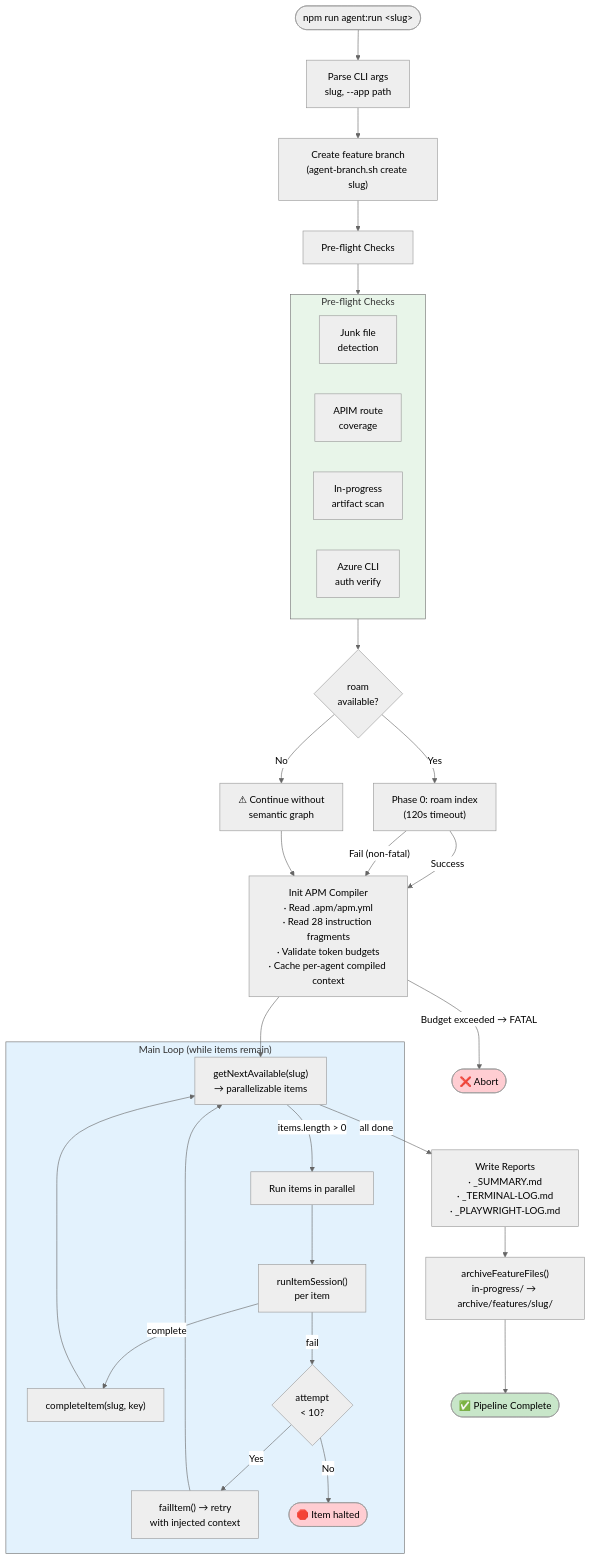
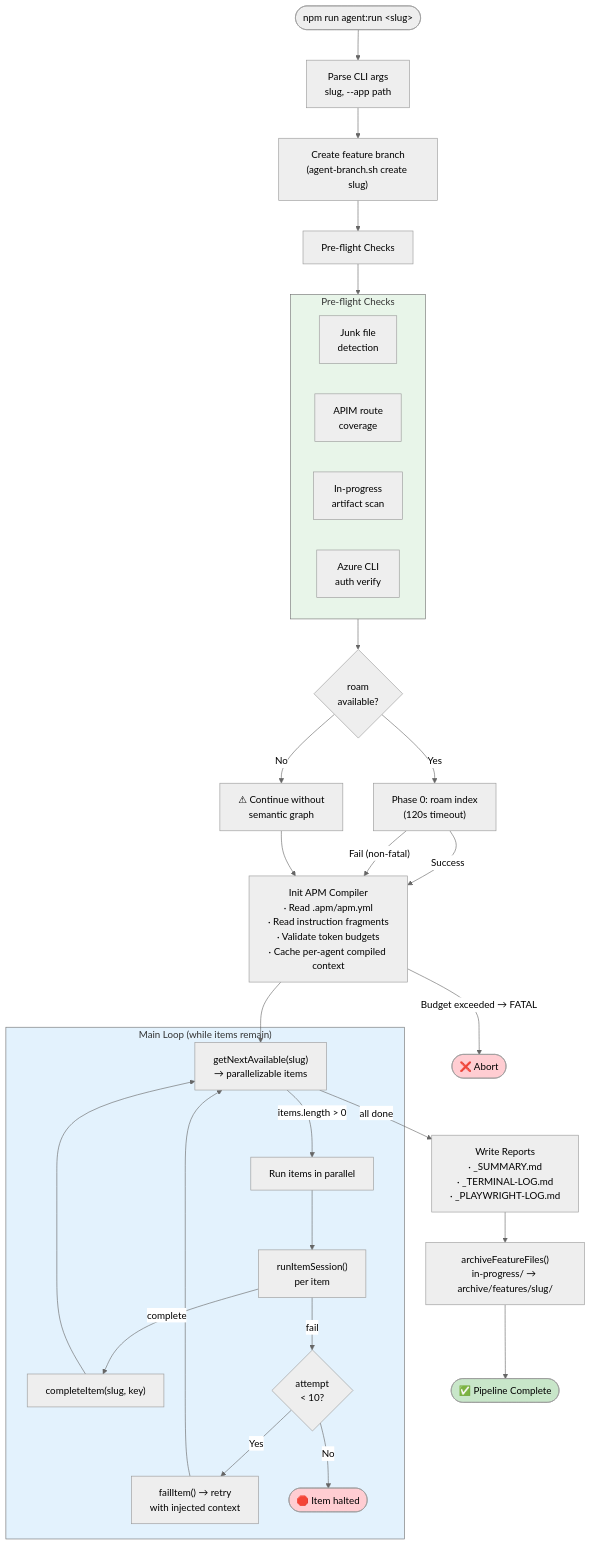
The first of 5 diagrams in tools/autonomous-factory/docs/01-watchdog.md (RomanKaliupinMelonusa/DAGent-t), drawn with Mermaid (neutral theme) before and after one commit. The commit also changed other lines of this file and 10 other files, not shown here.

````diff
--- a/tools/autonomous-factory/docs/01-watchdog.md
+++ b/tools/autonomous-factory/docs/01-watchdog.md
@@ -13,51 +15,51 @@
 ```mermaid
 flowchart TD
     START(["npm run agent:run &lt;slug&gt;"])
 
     START --> PARSE["Parse CLI args\nslug, --app path"]
     PARSE --> BRANCH["Create feature branch\n(agent-branch.sh create slug)"]
 
     BRANCH --> PREFLIGHT["Pre-flight Checks"]
 
     subgraph PF["Pre-flight Checks"]
         direction LR
         PF1["Junk file\ndetection"]
         PF2["APIM route\ncoverage"]
         PF3["In-progress\nartifact scan"]
         PF4["Azure CLI\nauth verify"]
     end
     PREFLIGHT --> PF
 
     PF --> ROAM{"roam\navailable?"}
     ROAM -->|"Yes"| INDEX["Phase 0: roam index\n(120s timeout)"]
     ROAM -->|"No"| WARN["⚠ Continue without\nsemantic graph"]
     INDEX -->|"Success"| ASSEMBLER
     INDEX -->|"Fail (non-fatal)"| ASSEMBLER
     WARN --> ASSEMBLER
 
-    ASSEMBLER["Init APM Compiler\n· Read .apm/apm.yml\n· Read 28 instruction fragments\n· Validate token budgets\n· Cache per-agent compiled context"]
+    ASSEMBLER["Init APM Compiler\n· Read .apm/apm.yml\n· Read instruction fragments\n· Validate token budgets\n· Cache per-agent compiled context"]
     ASSEMBLER -->|"Budget exceeded → FATAL"| ABORT(["❌ Abort"])
     ASSEMBLER --> LOOP
 
     subgraph MAIN_LOOP["Main Loop (while items remain)"]
         LOOP["getNextAvailable(slug)\n→ parallelizable items"]
         LOOP -->|"items.length > 0"| PARALLEL["Run items in parallel"]
         PARALLEL --> SESSION["runItemSession()\nper item"]
         SESSION -->|"complete"| ADVANCE["completeItem(slug, key)"]
         SESSION -->|"fail"| FAIL_CHECK{"attempt\n< 10?"}
         FAIL_CHECK -->|"Yes"| RETRY["failItem() → retry\nwith injected context"]
         FAIL_CHECK -->|"No"| HALT(["🛑 Item halted"])
         ADVANCE --> LOOP
         RETRY --> LOOP
     end
 
     LOOP -->|"all done"| REPORTS["Write Reports\n· _SUMMARY.md\n· _TERMINAL-LOG.md\n· _PLAYWRIGHT-LOG.md"]
     REPORTS --> ARCHIVE["archiveFeatureFiles()\nin-progress/ → archive/features/slug/"]
     ARCHIVE --> DONE(["✅ Pipeline Complete"])
 
     style PF fill:#e8f5e9
     style MAIN_LOOP fill:#e3f2fd
     style ABORT fill:#ffcdd2
     style HALT fill:#ffcdd2
     style DONE fill:#c8e6c9
 ```
````
